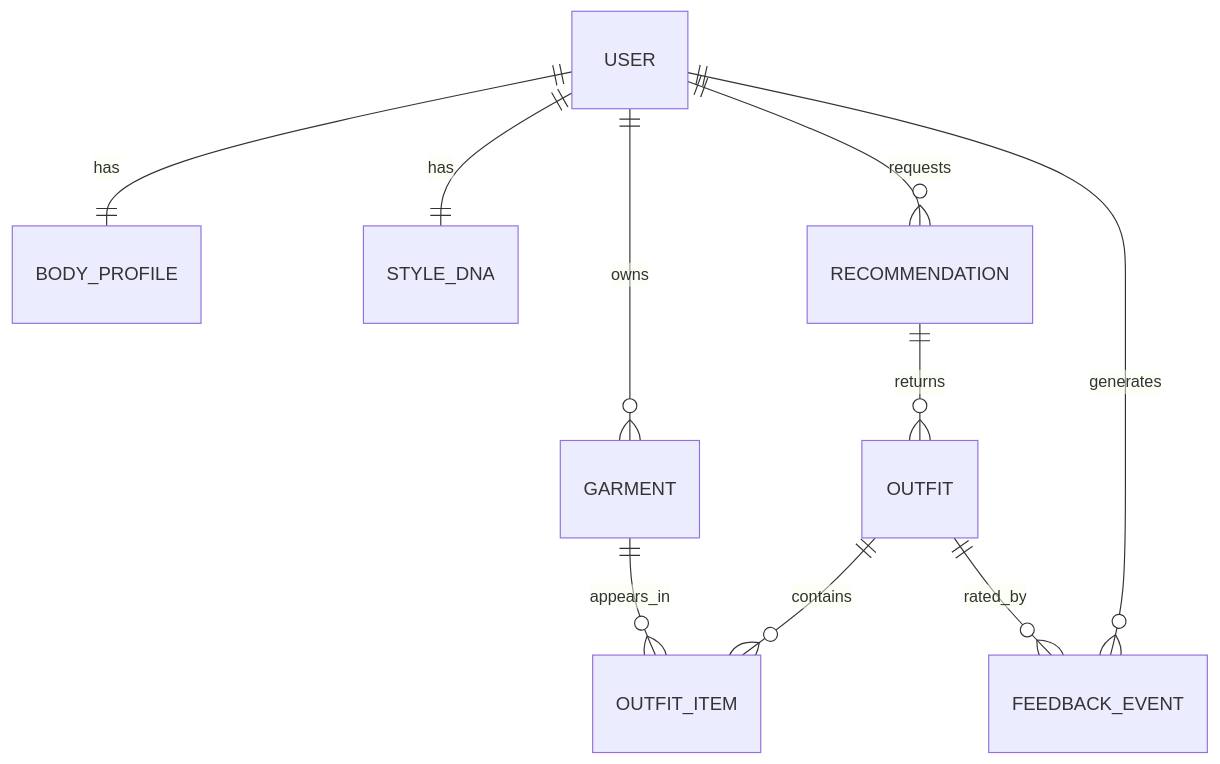
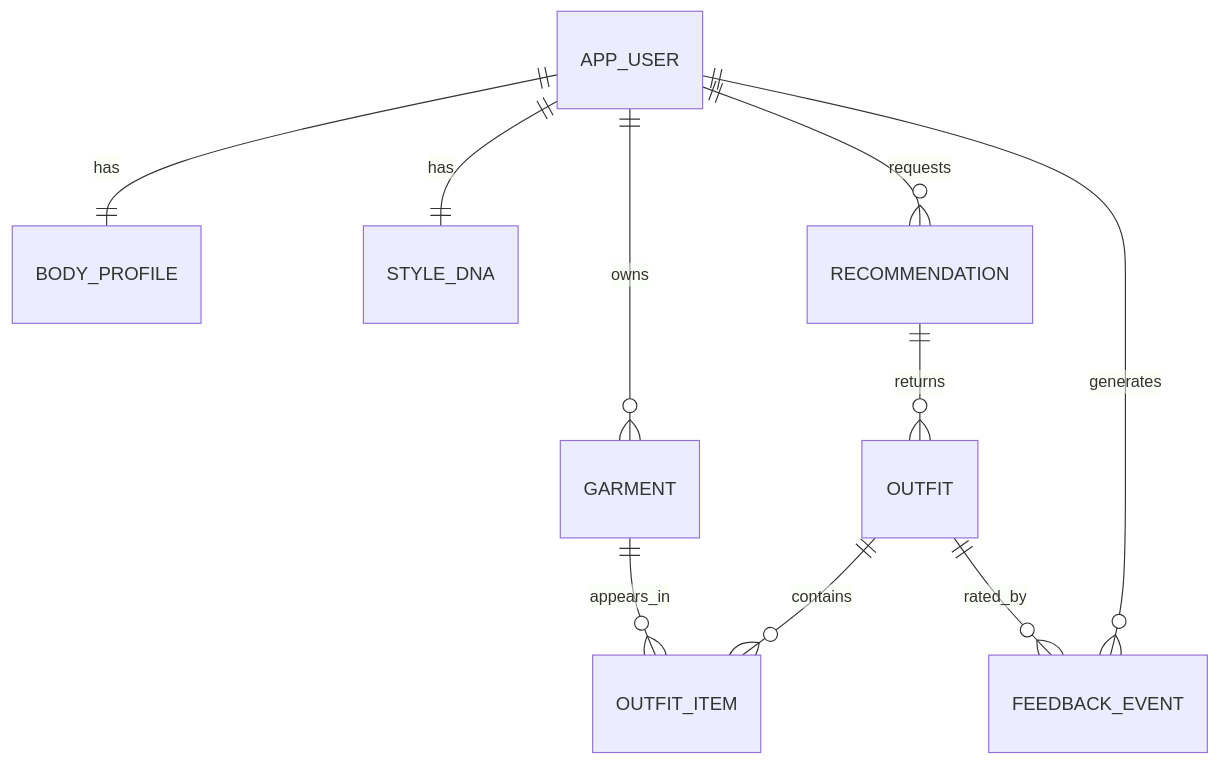
Before and after one commit to Sayanshree/styleos: the diagram in docs/02-data-model.md, drawn with Mermaid. The commit also changed other lines of this file and 3 other files, not shown here.

First line of the commit message:
feat(db): add initial Supabase schema migration

````diff
--- a/docs/02-data-model.md
+++ b/docs/02-data-model.md
@@ -7,12 +7,12 @@
 ```mermaid
 erDiagram
-  USER ||--|| BODY_PROFILE : has
-  USER ||--|| STYLE_DNA : has
-  USER ||--o{ GARMENT : owns
-  USER ||--o{ RECOMMENDATION : requests
+  APP_USER ||--|| BODY_PROFILE : has
+  APP_USER ||--|| STYLE_DNA : has
+  APP_USER ||--o{ GARMENT : owns
+  APP_USER ||--o{ RECOMMENDATION : requests
   RECOMMENDATION ||--o{ OUTFIT : returns
   OUTFIT ||--o{ OUTFIT_ITEM : contains
   GARMENT ||--o{ OUTFIT_ITEM : appears_in
   OUTFIT ||--o{ FEEDBACK_EVENT : rated_by
-  USER ||--o{ FEEDBACK_EVENT : generates
+  APP_USER ||--o{ FEEDBACK_EVENT : generates
 ```
````
